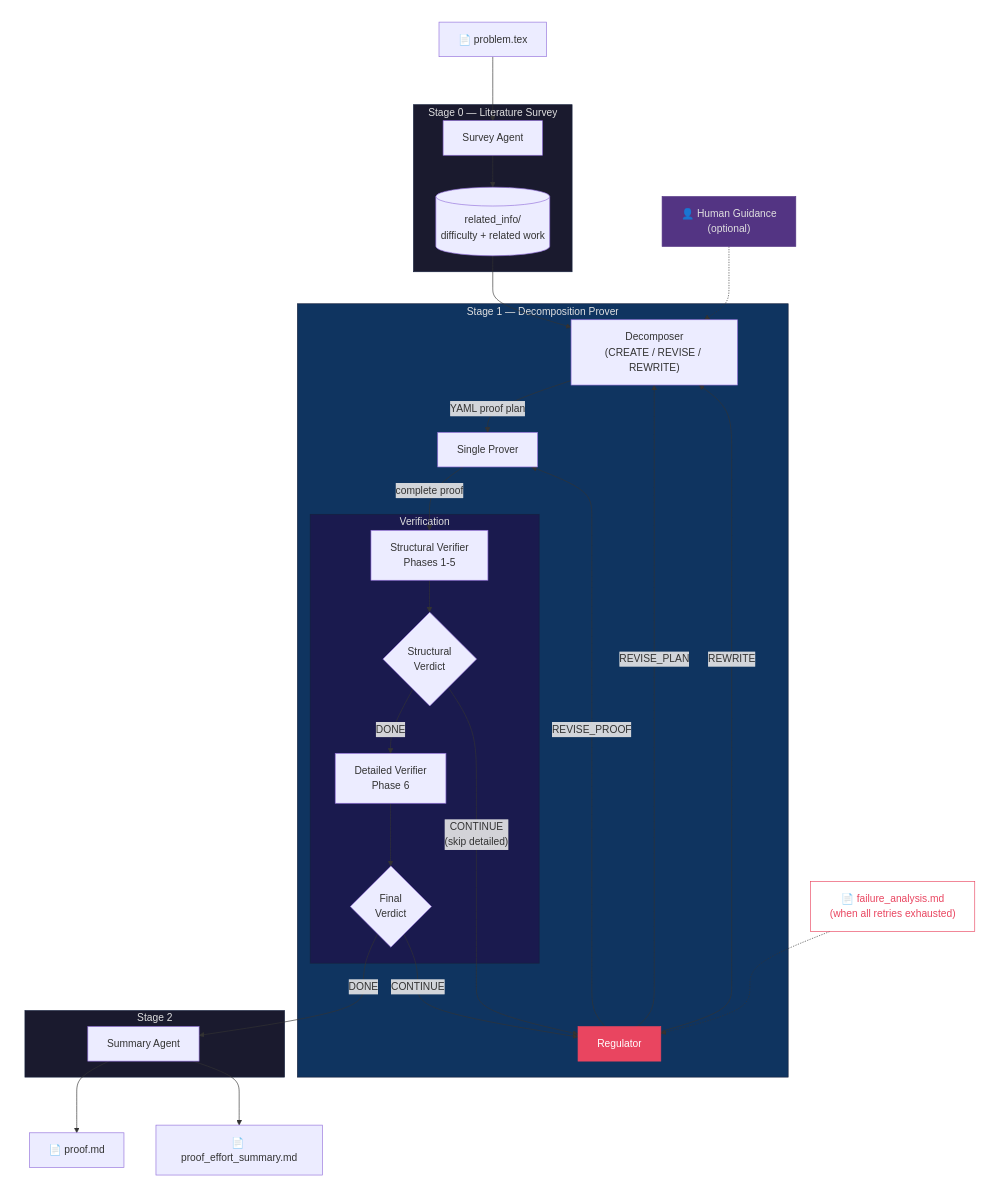
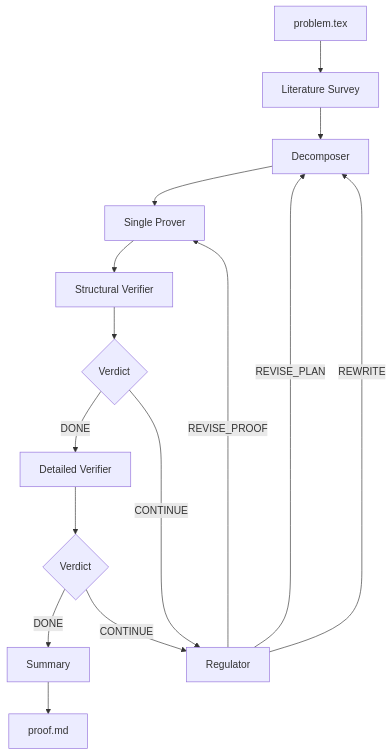
One commit to chenyang-an/QED changed the second of 2 diagrams in README.md. Above: the diagram before and after it, drawn with Mermaid. The commit also changed other lines of this file, not shown here.

````diff
--- a/README.md
+++ b/README.md
@@ -583,65 +534,17 @@
 ```mermaid
-graph TD
-    subgraph INPUT[" "]
-        P["📄 problem.tex"]
-    end
-
-    subgraph STAGE0["Stage 0 — Literature Survey"]
-        LS["Survey Agent"]
-        RI[("related_info/<br/>difficulty + related work")]
-    end
-
-    subgraph LOOP["Stage 1 — Decomposition Prover"]
-        DC["Decomposer<br/>(CREATE / REVISE / REWRITE)"]
-        SP["Single Prover"]
-
-        subgraph VERIFY["Verification"]
-            SV["Structural Verifier<br/>Phases 1-5"]
-            SV_V{"Structural<br/>Verdict"}
-            DV["Detailed Verifier<br/>Phase 6"]
-            DV_V{"Final<br/>Verdict"}
-        end
-
-        REG["Regulator"]
-    end
-
-    subgraph STAGE2["Stage 2"]
-        SUM["Summary Agent"]
-    end
-
-    subgraph OUTPUT[" "]
-        O1["📄 proof.md"]
-        O2["📄 proof_effort_summary.md"]
-    end
-
-    P --> LS
-    LS --> RI
-    RI --> DC
-    DC -- "YAML proof plan" --> SP
-    SP -- "complete proof" --> SV
-    SV --> SV_V
-    SV_V -- "DONE" --> DV
-    SV_V -- "CONTINUE<br/>(skip detailed)" --> REG
-    DV --> DV_V
-    DV_V -- "DONE" --> SUM
-    DV_V -- "CONTINUE" --> REG
-    REG -- "REVISE_PROOF" --> SP
-    REG -- "REVISE_PLAN" --> DC
-    REG -- "REWRITE" --> DC
-    SUM --> O1
-    SUM --> O2
-
-    FA["📄 failure_analysis.md<br/>(when all retries exhausted)"] -.-> REG
-
-    HH["👤 Human Guidance<br/>(optional)"] -.-> DC
-
-    style INPUT fill:none,stroke:none
-    style OUTPUT fill:none,stroke:none
-    style STAGE0 fill:#1a1a2e,stroke:#16213e,color:#e0e0e0
-    style LOOP fill:#0f3460,stroke:#16213e,color:#e0e0e0
-    style VERIFY fill:#1a1a4e,stroke:#16213e,color:#e0e0e0
-    style STAGE2 fill:#1a1a2e,stroke:#16213e,color:#e0e0e0
-    style REG fill:#e94560,stroke:#e94560,color:#ffffff
-    style HH fill:#533483,stroke:#533483,color:#e0e0e0
-    style FA fill:none,stroke:#e94560,color:#e94560
+flowchart TD
+    P["problem.tex"] --> LS["Literature Survey"]
+    LS --> DC["Decomposer"]
+    DC --> SP["Single Prover"]
+    SP --> SV["Structural Verifier"]
+    SV --> V1{"Verdict"}
+    V1 -- DONE --> DV["Detailed Verifier"]
+    V1 -- CONTINUE --> REG["Regulator"]
+    DV --> V2{"Verdict"}
+    V2 -- DONE --> SUM["Summary"]
+    V2 -- CONTINUE --> REG
+    REG -- REVISE_PROOF --> SP
+    REG -- REVISE_PLAN --> DC
+    REG -- REWRITE --> DC
+    SUM --> O["proof.md"]
 ```
````
